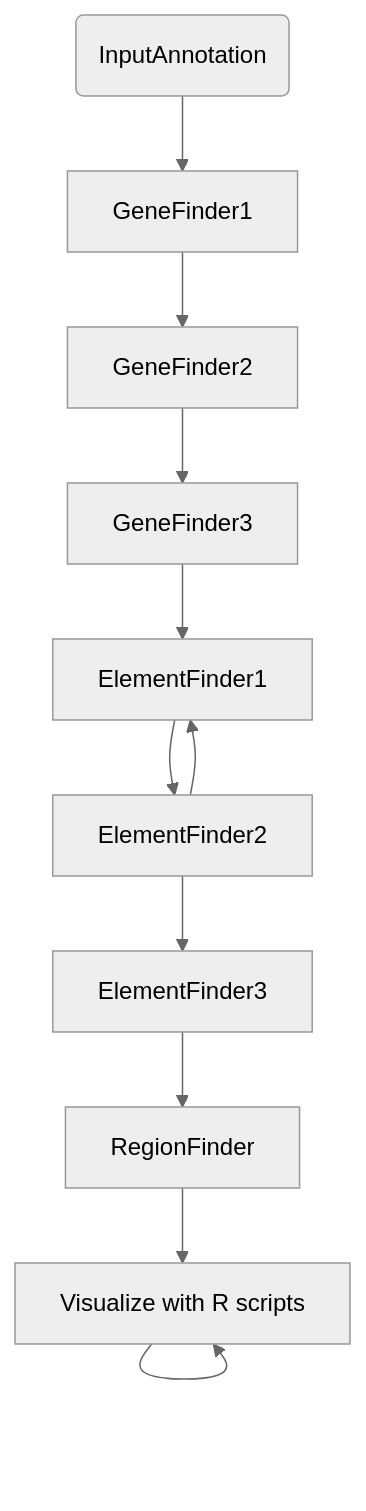
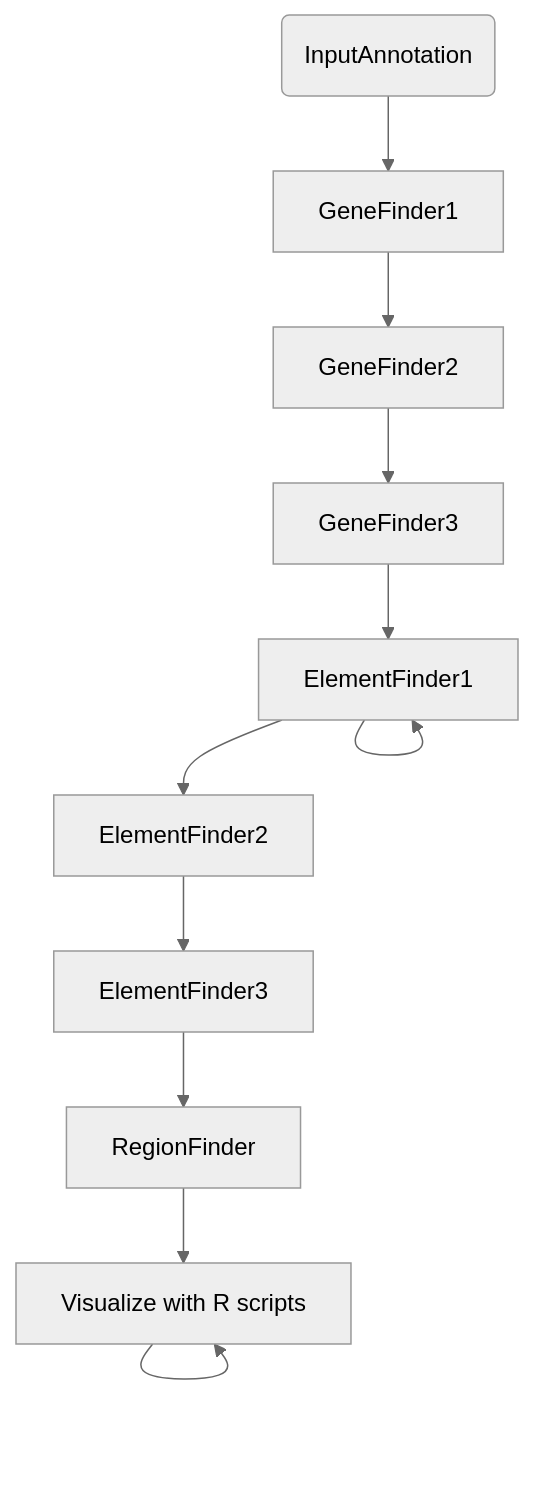
One commit to collaborativebioinformatics/starfishDiscovery changed the first of 2 diagrams in README.md. Above: the diagram before and after it, drawn with Mermaid (neutral theme). The commit also changed other lines of this file, not shown here.

Commit message:
Update flowchart

````diff
--- a/README.md
+++ b/README.md
@@ -17,13 +17,13 @@
 ```mermaid
 flowchart TB
 A(InputAnnotation) --> B[GeneFinder1]
 B --> C[GeneFinder2]
 C --> D[GeneFinder3]
 D --> E[ElementFinder1]
+E --> E
 E --> F[ElementFinder2]
-F --> E
 F --> G[ElementFinder3]
 G --> H[RegionFinder]
 H --> I[Visualize with R scripts]
 I --> I
 ```
````
